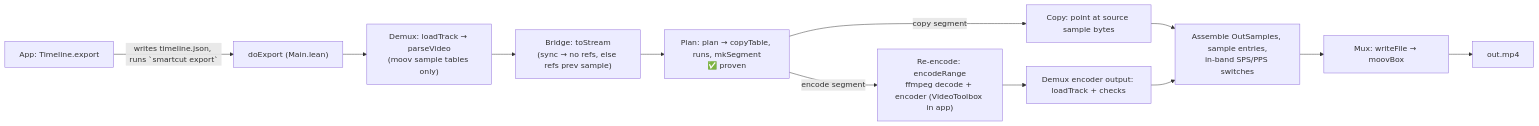
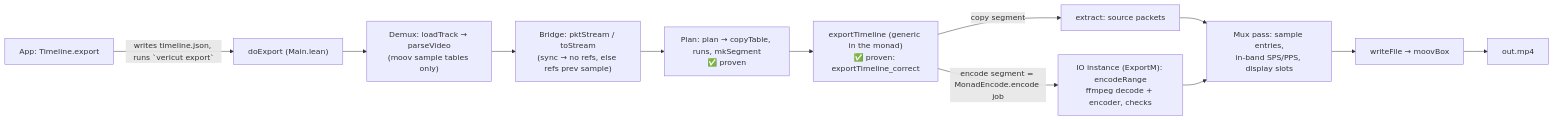
One commit to Philogy/verified-cut changed the diagram in docs/pipeline.md. Above: the diagram before and after it, drawn with Mermaid. The commit also changed other lines of this file and 39 other files, not shown here.

Commit message:
MonadEncode export with exportTimeline_correct; rename smartcut -> vericut; a11y ids; Tart VM scripts

````diff
--- a/docs/pipeline.md
+++ b/docs/pipeline.md
@@ -8,14 +8,14 @@
 ```mermaid
 flowchart LR
-  A["App: Timeline.export"] -->|writes timeline.json, runs `smartcut export`| B["doExport (Main.lean)"]
+  A["App: Timeline.export"] -->|writes timeline.json, runs `vericut export`| B["doExport (Main.lean)"]
   B --> C["Demux: loadTrack → parseVideo<br/>(moov sample tables only)"]
-  C --> D["Bridge: toStream<br/>(sync → no refs, else refs prev sample)"]
+  C --> D["Bridge: pktStream / toStream<br/>(sync → no refs, else refs prev sample)"]
   D --> E["Plan: plan → copyTable, runs, mkSegment<br/>✅ proven"]
-  E -->|copy segment| F["Copy: point at source sample bytes"]
-  E -->|encode segment| G["Re-encode: encodeRange<br/>ffmpeg decode + encoder (VideoToolbox in app)"]
-  G --> G2["Demux encoder output: loadTrack + checks"]
-  F --> H["Assemble OutSamples, sample entries,<br/>in-band SPS/PPS switches"]
-  G2 --> H
-  H --> I["Mux: writeFile → moovBox"]
+  E --> X["exportTimeline (generic in the monad)<br/>✅ proven: exportTimeline_correct"]
+  X -->|copy segment| F["extract: source packets"]
+  X -->|"encode segment = MonadEncode.encode job"| G["IO instance (ExportM): encodeRange<br/>ffmpeg decode + encoder, checks"]
+  F --> H["Mux pass: sample entries,<br/>in-band SPS/PPS, display slots"]
+  G --> H
+  H --> I["writeFile → moovBox"]
   I --> J[out.mp4]
 ```
````
